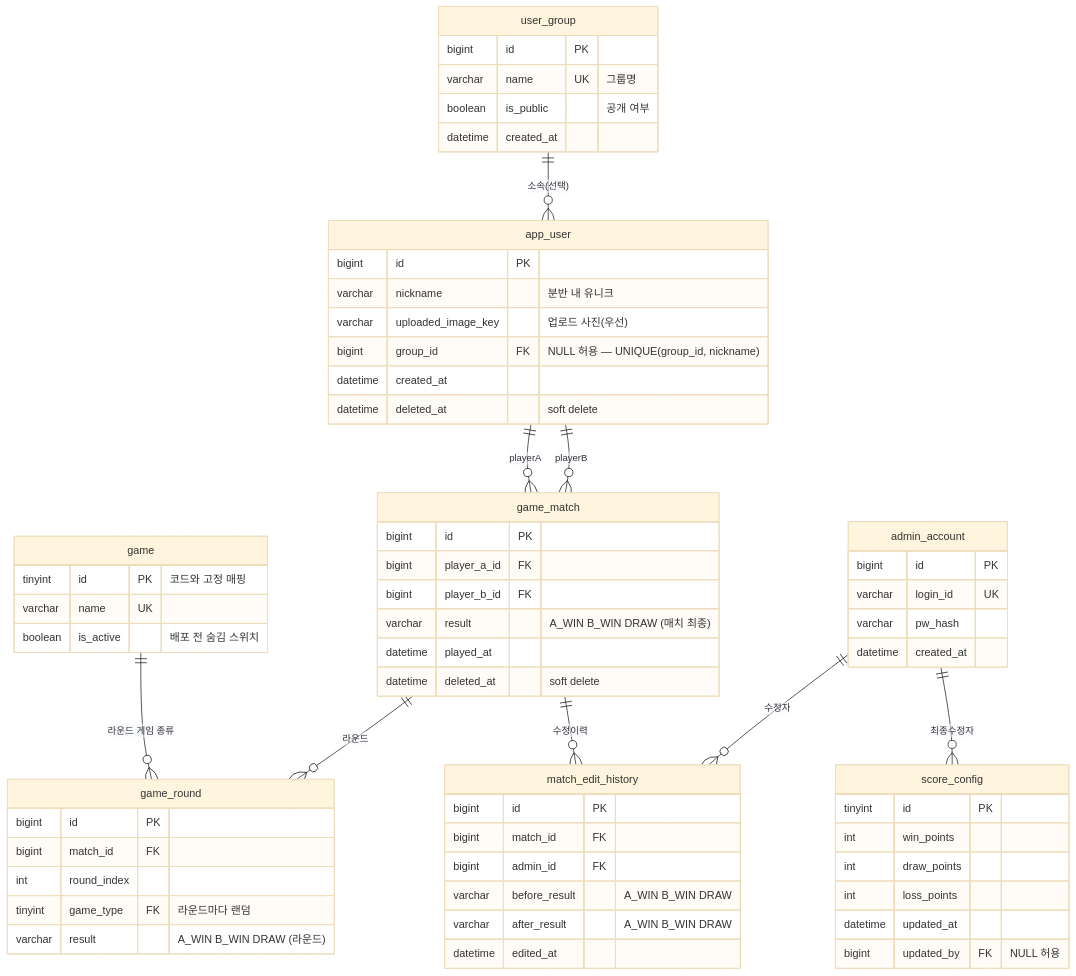
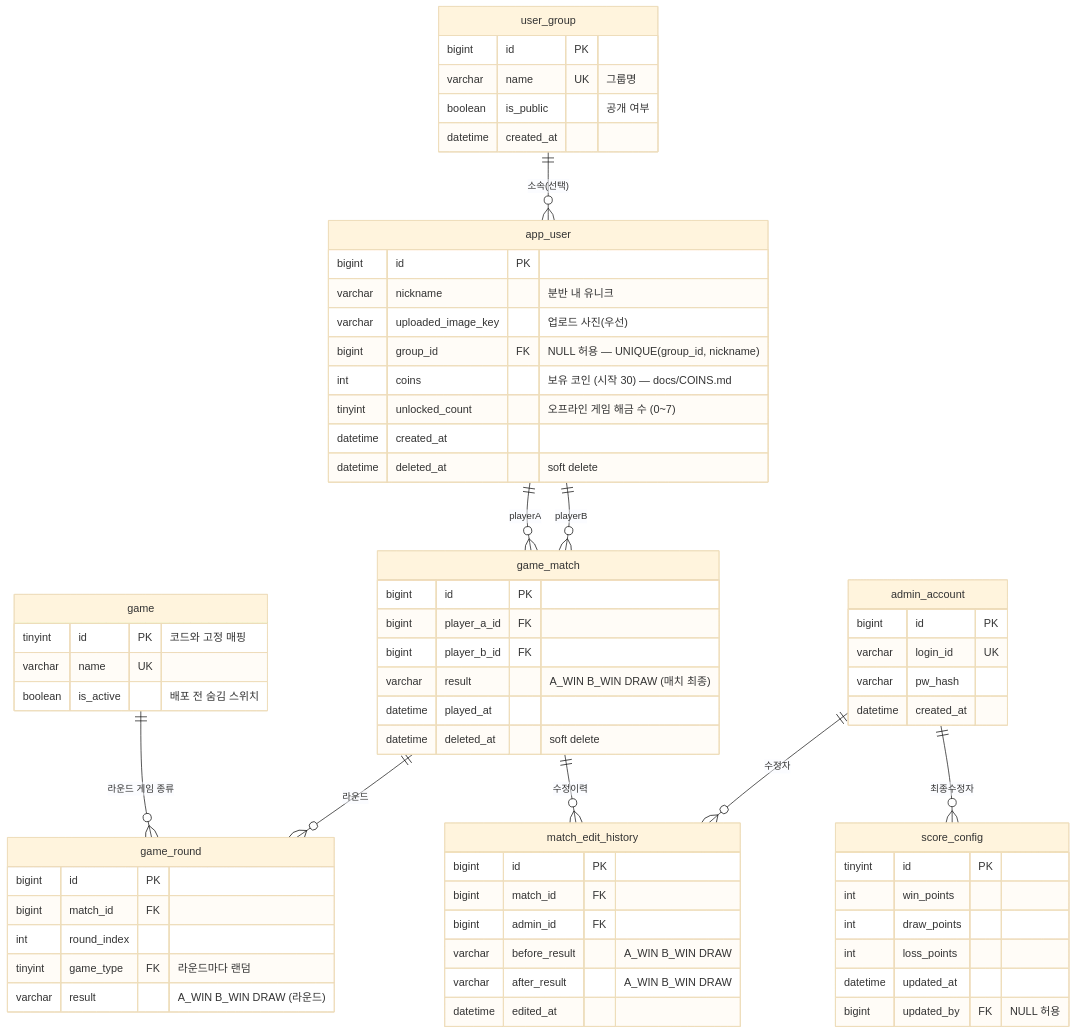
One commit to madcamp-official/26s-w1-c1-07 changed the diagram in docs/ERD.md. Above: the diagram before and after it, drawn with Mermaid (base theme). The commit also changed other lines of this file and 25 other files, not shown here.

````diff
--- a/docs/ERD.md
+++ b/docs/ERD.md
@@ -38,68 +38,70 @@
 ```mermaid
 erDiagram
     user_group ||--o{ app_user : "소속(선택)"
     game ||--o{ game_round : "라운드 게임 종류"
     game_match ||--o{ game_round : "라운드"
     app_user ||--o{ game_match : "playerA"
     app_user ||--o{ game_match : "playerB"
     game_match ||--o{ match_edit_history : "수정이력"
     admin_account ||--o{ match_edit_history : "수정자"
     admin_account ||--o{ score_config : "최종수정자"
 
     game {
         tinyint id PK "코드와 고정 매핑"
         varchar name UK
         boolean is_active "배포 전 숨김 스위치"
     }
     user_group {
         bigint id PK
         varchar name UK "그룹명"
         boolean is_public "공개 여부"
         datetime created_at
     }
     app_user {
         bigint id PK
         varchar nickname "분반 내 유니크"
         varchar uploaded_image_key "업로드 사진(우선)"
         bigint group_id FK "NULL 허용 — UNIQUE(group_id, nickname)"
+        int coins "보유 코인 (시작 30) — docs/COINS.md"
+        tinyint unlocked_count "오프라인 게임 해금 수 (0~7)"
         datetime created_at
         datetime deleted_at "soft delete"
     }
     admin_account {
         bigint id PK
         varchar login_id UK
         varchar pw_hash
         datetime created_at
     }
     game_match {
         bigint id PK
         bigint player_a_id FK
         bigint player_b_id FK
         varchar result "A_WIN B_WIN DRAW (매치 최종)"
         datetime played_at
         datetime deleted_at "soft delete"
     }
     game_round {
         bigint id PK
         bigint match_id FK
         int round_index
         tinyint game_type FK "라운드마다 랜덤"
         varchar result "A_WIN B_WIN DRAW (라운드)"
     }
     match_edit_history {
         bigint id PK
         bigint match_id FK
         bigint admin_id FK
         varchar before_result "A_WIN B_WIN DRAW"
         varchar after_result "A_WIN B_WIN DRAW"
         datetime edited_at
     }
     score_config {
         tinyint id PK
         int win_points
         int draw_points
         int loss_points
         datetime updated_at
         bigint updated_by FK "NULL 허용"
     }
 ```
````
